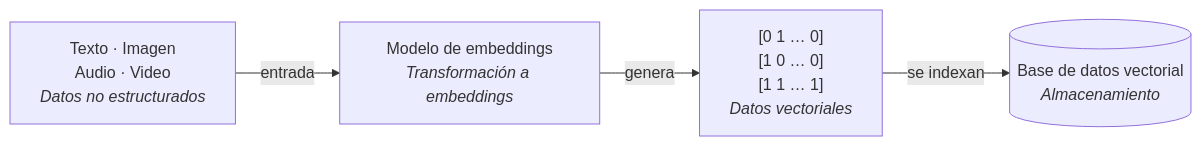
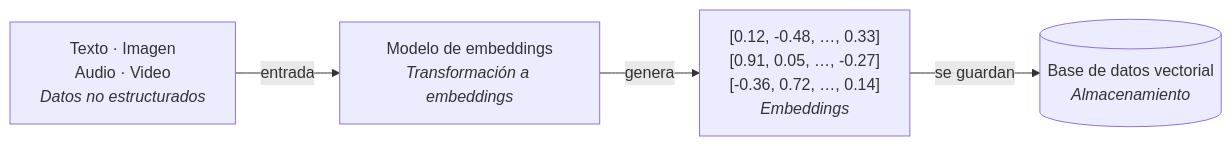
The second of 7 diagrams in src/content/blog/es/que-es-rag.md (jcontrerasm/jcontrerasm.github.io), drawn with Mermaid before and after one commit. The commit also changed other lines of this file and 21 other files, not shown here.

````diff
--- a/src/content/blog/es/que-es-rag.md
+++ b/src/content/blog/es/que-es-rag.md
@@ -57,8 +66,8 @@
 ```mermaid
 flowchart LR
     A["Texto · Imagen<br/>Audio · Video<br/><i>Datos no estructurados</i>"]
     B["Modelo de embeddings<br/><i>Transformación a embeddings</i>"]
-    C["[0 1 … 0]<br/>[1 0 … 0]<br/>[1 1 … 1]<br/><i>Datos vectoriales</i>"]
+    C["[0.12, -0.48, …, 0.33]<br/>[0.91, 0.05, …, -0.27]<br/>[-0.36, 0.72, …, 0.14]<br/><i>Embeddings</i>"]
     D[("Base de datos vectorial<br/><i>Almacenamiento</i>")]
-    A -->|entrada| B -->|genera| C -->|se indexan| D
+    A -->|entrada| B -->|genera| C -->|se guardan| D
 ```
````
